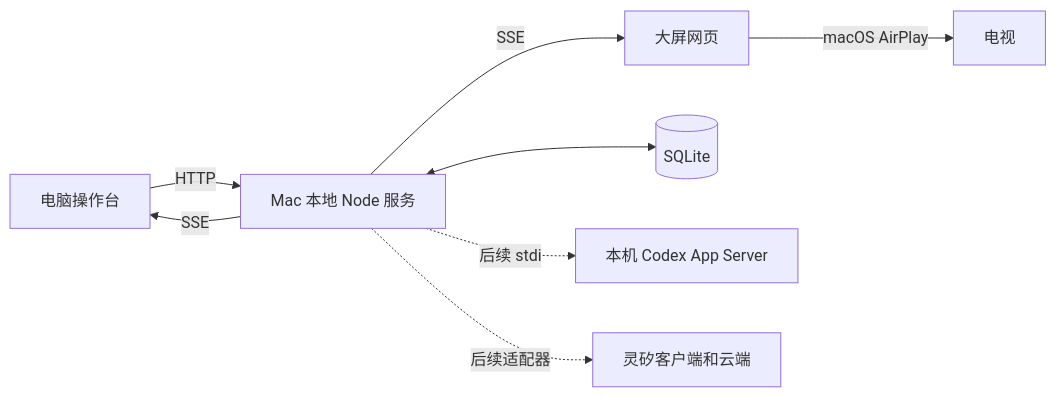
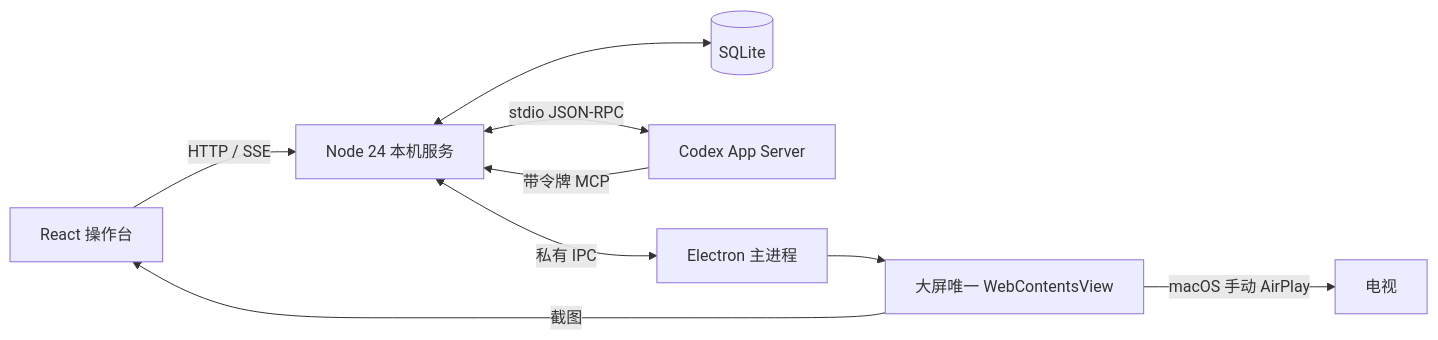
The diagram in docs/architecture.md (qiniu-ued/lingxi-product-prototype), drawn with Mermaid before and after one commit. The commit also changed other lines of this file and 45 other files, not shown here.

Commit message:
feat: add Mac desktop workbench and shared Codex preview

````diff
--- a/docs/architecture.md
+++ b/docs/architecture.md
@@ -5,10 +5,11 @@
 ```mermaid
 flowchart LR
-  computer[电脑操作台] -->|HTTP| service[Mac 本地 Node 服务]
-  service -->|SSE| computer
-  service -->|SSE| display[大屏网页]
+  operator[React 操作台] -->|HTTP / SSE| service[Node 24 本机服务]
   service <--> db[(SQLite)]
-  service -.后续 stdio.-> codex[本机 Codex App Server]
-  service -.后续适配器.-> voice[灵矽客户端和云端]
-  display -->|macOS AirPlay| tv[电视]
+  service <-->|stdio JSON-RPC| codex[Codex App Server]
+  service <-->|私有 IPC| desktop[Electron 主进程]
+  codex -->|带令牌 MCP| service
+  desktop --> preview[大屏唯一 WebContentsView]
+  preview -->|截图| operator
+  preview -->|macOS 手动 AirPlay| tv[电视]
 ```
````
